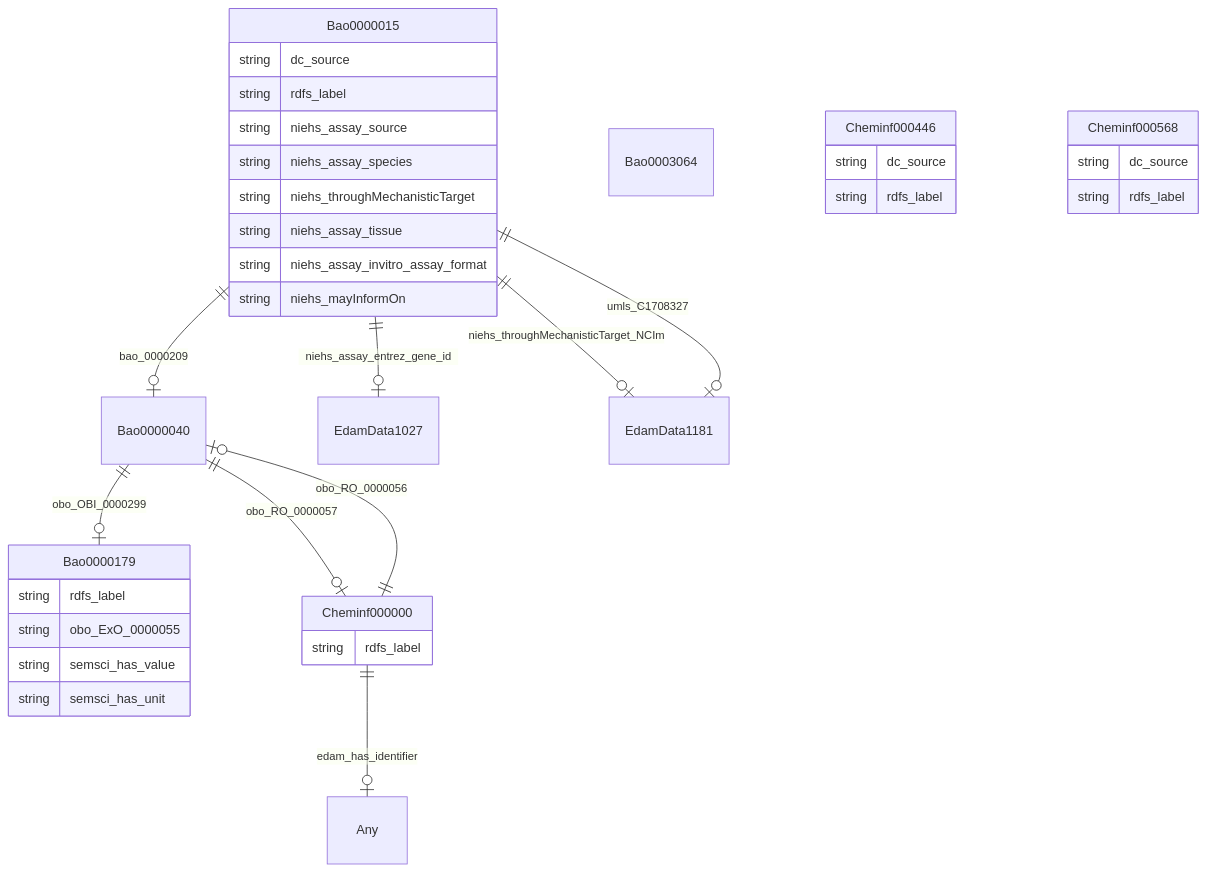
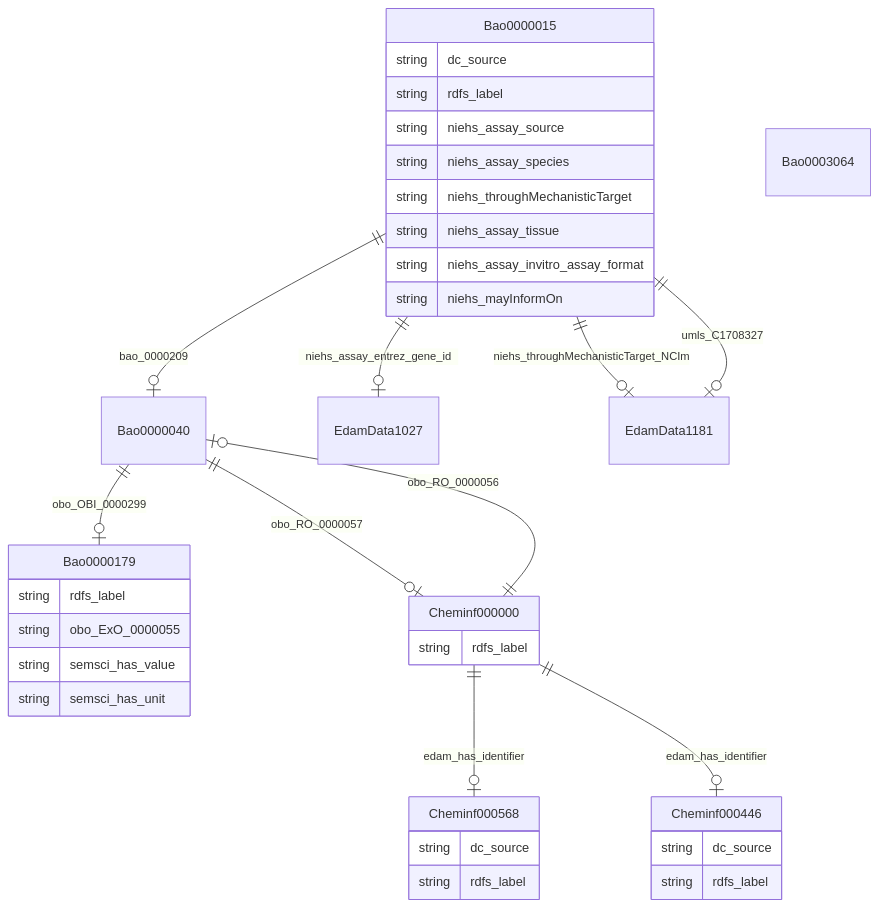
One commit to frink-okn/graph-descriptions changed the diagram in biobricks-ice-kg/README.md. Above: the diagram before and after it, drawn with Mermaid. The commit also changed other lines of this file and 6807 other files, not shown here.

````diff
--- a/biobricks-ice-kg/README.md
+++ b/biobricks-ice-kg/README.md
@@ -13,55 +13,53 @@
 ```mermaid
 erDiagram
-Any {
-
-}
 Bao0000015 {
     string dc_source  
     string rdfs_label  
     string niehs_assay_source  
     string niehs_assay_species  
     string niehs_throughMechanisticTarget  
     string niehs_assay_tissue  
     string niehs_assay_invitro_assay_format  
     string niehs_mayInformOn  
 }
 Bao0000040 {
 
 }
 Bao0000179 {
     string rdfs_label  
     string obo_ExO_0000055  
     string semsci_has_value  
     string semsci_has_unit  
 }
 Bao0003064 {
 
 }
 Cheminf000000 {
     string rdfs_label  
 }
 Cheminf000446 {
     string dc_source  
     string rdfs_label  
 }
 Cheminf000568 {
     string dc_source  
     string rdfs_label  
 }
 EdamData1027 {
 
 }
 EdamData1181 {
 
 }
 
 Bao0000015 ||--|o EdamData1027 : "niehs_assay_entrez_gene_id"
 Bao0000015 ||--|o Bao0000040 : "bao_0000209"
 Bao0000015 ||--|o EdamData1181 : "niehs_throughMechanisticTarget_NCIm"
 Bao0000015 ||--|o EdamData1181 : "umls_C1708327"
 Bao0000040 ||--|o Cheminf000000 : "obo_RO_0000057"
 Bao0000040 ||--|o Bao0000179 : "obo_OBI_0000299"
-Cheminf000000 ||--|o Any : "edam_has_identifier"
+Cheminf000000 ||--|o Cheminf000568 : "edam_has_identifier"
+Cheminf000000 ||--|o Cheminf000446 : "edam_has_identifier"
 Cheminf000000 ||--|o Bao0000040 : "obo_RO_0000056"
 
 ```
````
